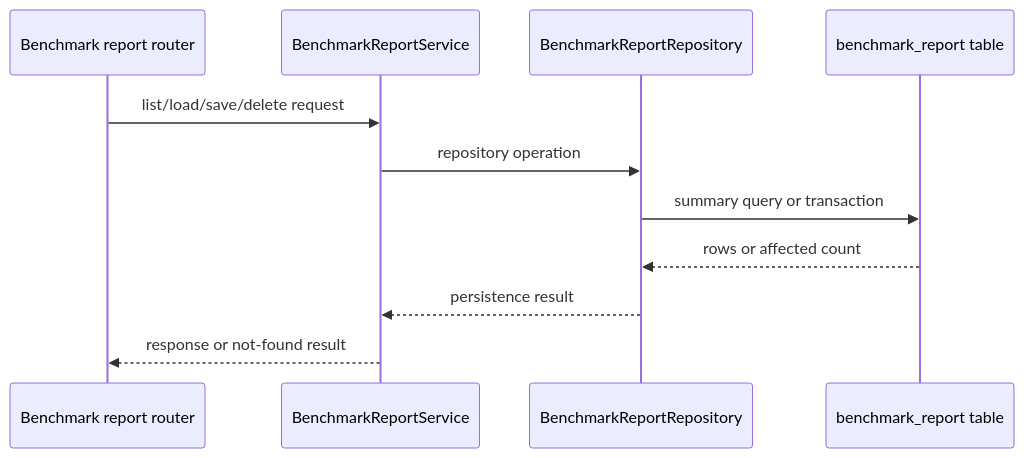
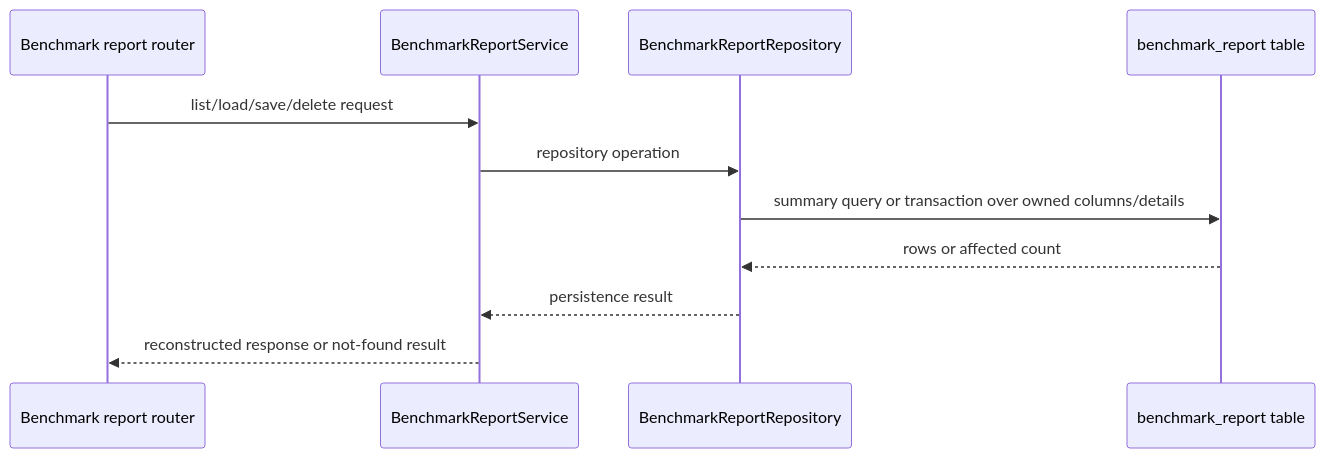
The fifth of 7 diagrams in assets/docs/architecture/execution_and_data_flow.md (CTCycle/TKBEN-tokenizers-benchmarker), drawn with Mermaid before and after one commit. The commit also changed other lines of this file and 20 other files, not shown here.

````diff
--- a/assets/docs/architecture/execution_and_data_flow.md
+++ b/assets/docs/architecture/execution_and_data_flow.md
@@ -157,14 +174,14 @@
 ```mermaid
 sequenceDiagram
     participant API as Benchmark report router
     participant ReportService as BenchmarkReportService
     participant ReportRepo as BenchmarkReportRepository
     participant DB as benchmark_report table
 
     API->>ReportService: list/load/save/delete request
     ReportService->>ReportRepo: repository operation
-    ReportRepo->>DB: summary query or transaction
+    ReportRepo->>DB: summary query or transaction over owned columns/details
     DB-->>ReportRepo: rows or affected count
     ReportRepo-->>ReportService: persistence result
-    ReportService-->>API: response or not-found result
+    ReportService-->>API: reconstructed response or not-found result
 ```
````
